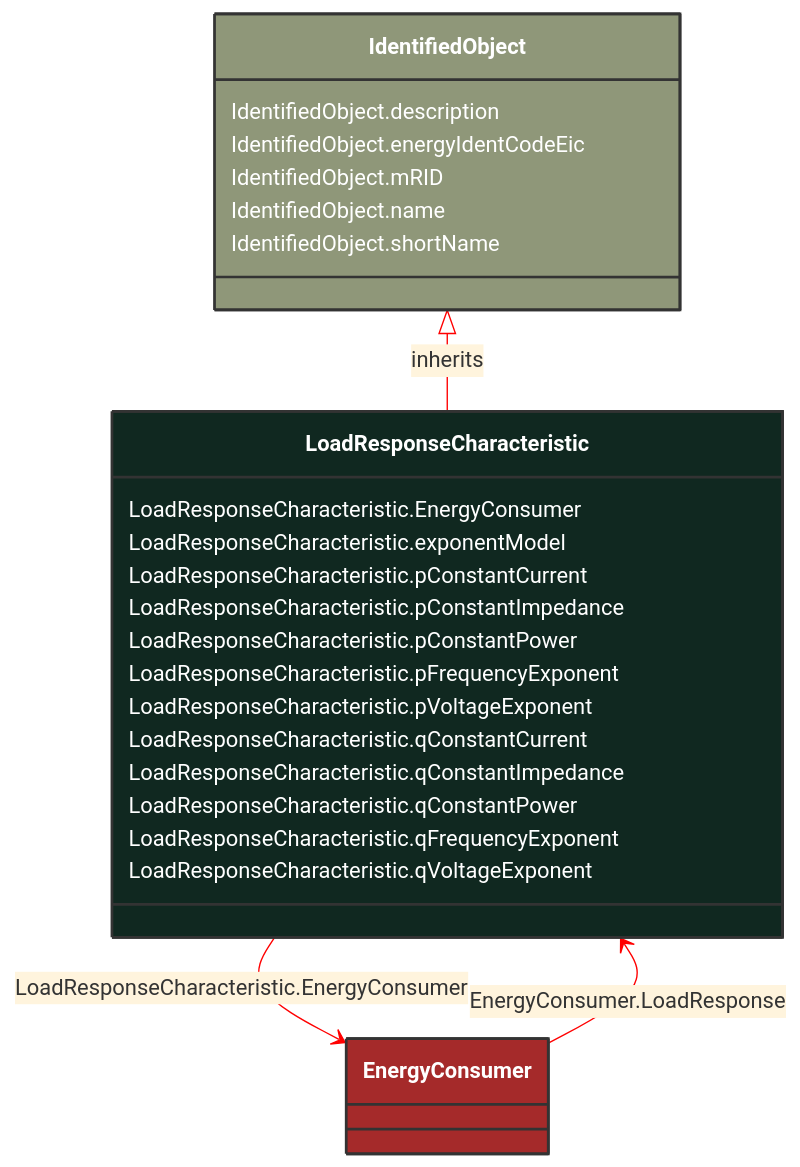
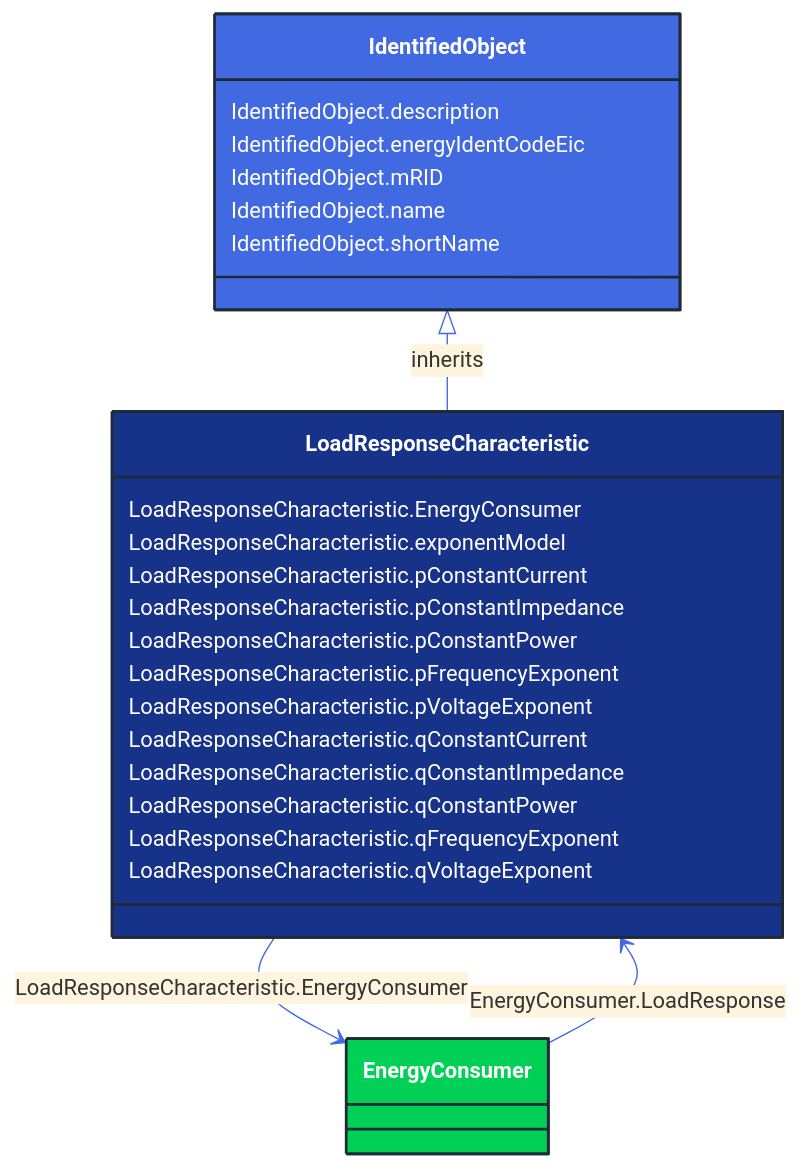
The diagram in docs/Models/Profiles/CoreEquipment/ConcreteClasses/LoadResponseCharacteristic.md (3lbits/NoCIMExtensions), drawn with Mermaid before and after one commit. The commit also changed 362 other files, not shown here.

First line of the commit message:
Update diagrams and styles for improved visual consistency

````diff
--- a/docs/Models/Profiles/CoreEquipment/ConcreteClasses/LoadResponseCharacteristic.md
+++ b/docs/Models/Profiles/CoreEquipment/ConcreteClasses/LoadResponseCharacteristic.md
@@ -19,42 +19,42 @@
 ```mermaid
-%%{init: {'theme':'base','themeVariables': {'lineColor': '#FF0000'}}}%%
+%%{init: {'theme':'base','themeVariables': {'lineColor': '#4169E1'}}}%%
 classDiagram
     class LoadResponseCharacteristic
     click LoadResponseCharacteristic href "/Models/Profiles/CoreEquipment/ConcreteClasses/LoadResponseCharacteristic/"
-    style LoadResponseCharacteristic fill:#102820,stroke:#333,stroke-width:2px,rx:10,ry:10,color:white
+    style LoadResponseCharacteristic fill:#163289,stroke:#1F2A37,stroke-width:2px,rx:10,ry:10,color:white
      
         IdentifiedObject <|-- LoadResponseCharacteristic : inherits
             click IdentifiedObject href "/Models/Profiles/CoreEquipment/AbstractClasses/IdentifiedObject/"
-            style IdentifiedObject fill:#8F9779,stroke:#333,stroke-width:2px,rx:10,ry:10,color:white
+            style IdentifiedObject fill:#4169E1,stroke:#1F2A37,stroke-width:2px,rx:10,ry:10,color:white
 
         LoadResponseCharacteristic --> EnergyConsumer : LoadResponseCharacteristic.EnergyConsumer
 
         EnergyConsumer
             click EnergyConsumer href "/Models/Profiles/CoreEquipment/AbstractClasses/EnergyConsumer/"
-            style EnergyConsumer fill:#A52A2A,stroke:#333,stroke-width:2px,rx:10,ry:10,color:white
+            style EnergyConsumer fill:#00D156,stroke:#1F2A37,stroke-width:2px,rx:10,ry:10,color:white
 
         EnergyConsumer --> LoadResponseCharacteristic : EnergyConsumer.LoadResponse
 
         EnergyConsumer
             click EnergyConsumer href "/Models/Profiles/CoreEquipment/AbstractClasses/EnergyConsumer/"
-            style EnergyConsumer fill:#A52A2A,stroke:#333,stroke-width:2px,rx:10,ry:10,color:white
+            style EnergyConsumer fill:#00D156,stroke:#1F2A37,stroke-width:2px,rx:10,ry:10,color:white
 
 
         LoadResponseCharacteristic : LoadResponseCharacteristic.EnergyConsumer
         LoadResponseCharacteristic : LoadResponseCharacteristic.exponentModel
         LoadResponseCharacteristic : LoadResponseCharacteristic.pConstantCurrent
         LoadResponseCharacteristic : LoadResponseCharacteristic.pConstantImpedance
         LoadResponseCharacteristic : LoadResponseCharacteristic.pConstantPower
         LoadResponseCharacteristic : LoadResponseCharacteristic.pFrequencyExponent
         LoadResponseCharacteristic : LoadResponseCharacteristic.pVoltageExponent
         LoadResponseCharacteristic : LoadResponseCharacteristic.qConstantCurrent
         LoadResponseCharacteristic : LoadResponseCharacteristic.qConstantImpedance
         LoadResponseCharacteristic : LoadResponseCharacteristic.qConstantPower
         LoadResponseCharacteristic : LoadResponseCharacteristic.qFrequencyExponent
         LoadResponseCharacteristic : LoadResponseCharacteristic.qVoltageExponent
         IdentifiedObject : IdentifiedObject.description
         IdentifiedObject : IdentifiedObject.energyIdentCodeEic
         IdentifiedObject : IdentifiedObject.mRID
         IdentifiedObject : IdentifiedObject.name
         IdentifiedObject : IdentifiedObject.shortName
 ```
````
